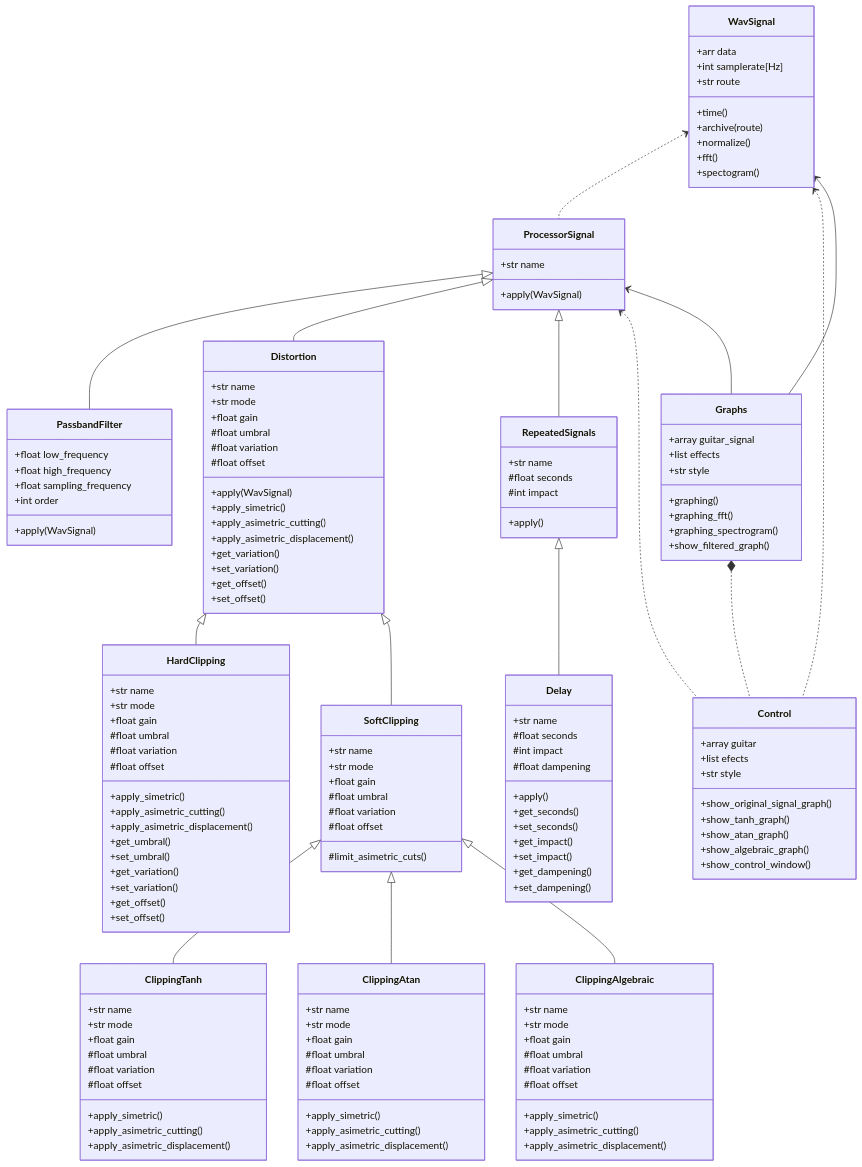
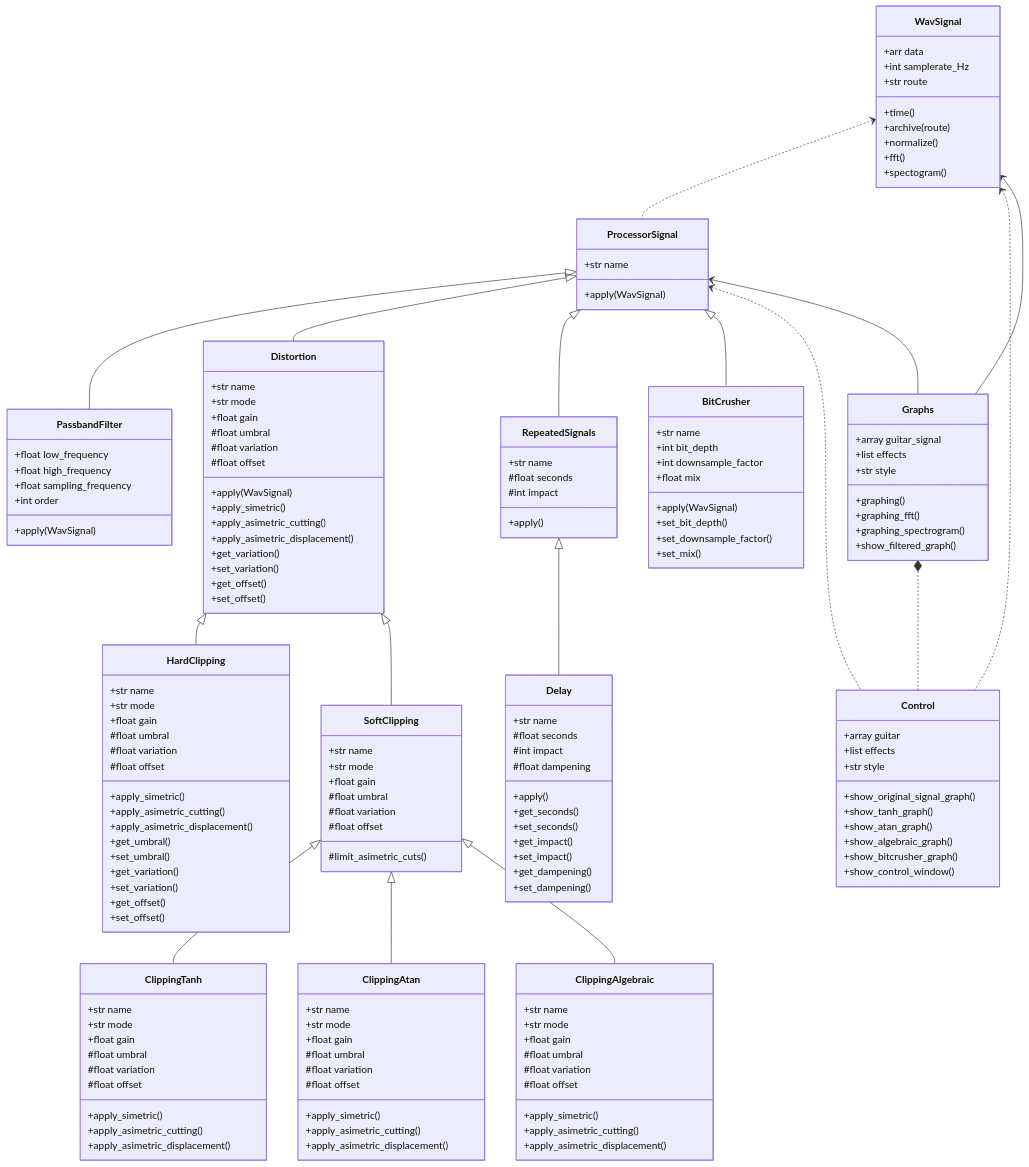
One commit to angutierrezgi/Blue_Slashes changed the second of 2 diagrams in README.md. Above: the diagram before and after it, drawn with Mermaid.

````diff
--- a/README.md
+++ b/README.md
@@ -346,40 +346,40 @@
 ```mermaid
 classDiagram
     class WavSignal {
-	    +arr data
-	    +int samplerate[Hz]
-	    +str route
-	    +time()
-	    +archive(route)
-	    +normalize()
+        +arr data
+        +int samplerate_Hz
+        +str route
+        +time()
+        +archive(route)
+        +normalize()
         +fft()
         +spectogram()
     }
 
     class ProcessorSignal {
-	    +str name
-	    +apply(WavSignal)
+        +str name
+        +apply(WavSignal)
     }
 
     class PassbandFilter {
-	    +float low_frequency
-	    +float high_frequency
-	    +float sampling_frequency
-	    +int order
-	    +apply(WavSignal)
+        +float low_frequency
+        +float high_frequency
+        +float sampling_frequency
+        +int order
+        +apply(WavSignal)
     }
 
     class Distortion {
-	    +str name
-	    +str mode
-	    +float gain
-	    #float umbral
-	    #float variation
-	    #float offset
-	    +apply(WavSignal)
-	    +apply_simetric()
-	    +apply_asimetric_cutting()
-	    +apply_asimetric_displacement()
+        +str name
+        +str mode
+        +float gain
+        #float umbral
+        #float variation
+        #float offset
+        +apply(WavSignal)
+        +apply_simetric()
+        +apply_asimetric_cutting()
+        +apply_asimetric_displacement()
         +get_variation()
         +set_variation()
         +get_offset()
@@ -387,15 +387,15 @@
     }
 
     class HardClipping {
-	    +str name
-	    +str mode
-	    +float gain
-	    #float umbral
-	    #float variation
-	    #float offset
-	    +apply_simetric()
-	    +apply_asimetric_cutting()
-	    +apply_asimetric_displacement()
+        +str name
+        +str mode
+        +float gain
+        #float umbral
+        #float variation
+        #float offset
+        +apply_simetric()
+        +apply_asimetric_cutting()
+        +apply_asimetric_displacement()
         +get_umbral()
         +set_umbral()
         +get_variation()
@@ -405,102 +405,119 @@
     }
 
     class SoftClipping {
-	    +str name
-	    +str mode
-	    +float gain
-	    #float umbral
-	    #float variation
-	    #float offset
-	    #limit_asimetric_cuts()
+        +str name
+        +str mode
+        +float gain
+        #float umbral
+        #float variation
+        #float offset
+        #limit_asimetric_cuts()
     }
 
     class ClippingTanh {
-	    +str name
-	    +str mode
-	    +float gain
-	    #float umbral
-	    #float variation
-	    #float offset
-	    +apply_simetric()
-	    +apply_asimetric_cutting()
-	    +apply_asimetric_displacement()
+        +str name
+        +str mode
+        +float gain
+        #float umbral
+        #float variation
+        #float offset
+        +apply_simetric()
+        +apply_asimetric_cutting()
+        +apply_asimetric_displacement()
     }
 
     class ClippingAtan {
-	    +str name
-	    +str mode
-	    +float gain
-	    #float umbral
-	    #float variation
-	    #float offset
-	    +apply_simetric()
-	    +apply_asimetric_cutting()
-	    +apply_asimetric_displacement()
+        +str name
+        +str mode
+        +float gain
+        #float umbral
+        #float variation
+        #float offset
+        +apply_simetric()
+        +apply_asimetric_cutting()
+        +apply_asimetric_displacement()
     }
 
     class ClippingAlgebraic {
-	    +str name
-	    +str mode
-	    +float gain
-	    #float umbral
-	    #float variation
-	    #float offset
-	    +apply_simetric()
-	    +apply_asimetric_cutting()
-	    +apply_asimetric_displacement()
-        
+        +str name
+        +str mode
+        +float gain
+        #float umbral
+        #float variation
+        #float offset
+        +apply_simetric()
+        +apply_asimetric_cutting()
+        +apply_asimetric_displacement()
     }
-	class RepeatedSignals {
-		+str name
-		#float seconds
-		#int impact
-		+apply()
-	}
 
-	class Delay {
-		+str name
-		#float seconds
-		#int impact
-		#float dampening
-		+apply()
+    class RepeatedSignals {
+        +str name
+        #float seconds
+        #int impact
+        +apply()
+    }
+
+    class Delay {
+        +str name
+        #float seconds
+        #int impact
+        #float dampening
+        +apply()
         +get_seconds()
         +set_seconds()
         +get_impact()
         +set_impact()
         +get_dampening()
         +set_dampening()
-	}
+    }
+
+    class BitCrusher {
+        +str name
+        +int bit_depth
+        +int downsample_factor
+        +float mix
+        +apply(WavSignal)
+        +set_bit_depth()
+        +set_downsample_factor()
+        +set_mix()
+    }
 
     class Control {
         +array guitar
-        +list efects
+        +list effects
         +str style
         +show_original_signal_graph()
         +show_tanh_graph()
         +show_atan_graph()
         +show_algebraic_graph()
+        +show_bitcrusher_graph()
         +show_control_window()
     }
+
     class Graphs {
-	    +array guitar_signal
-	    +list effects
-	    +str style
-	    +graphing()
-	    +graphing_fft()
-	    +graphing_spectrogram()
-	    +show_filtered_graph()
+        +array guitar_signal
+        +list effects
+        +str style
+        +graphing()
+        +graphing_fft()
+        +graphing_spectrogram()
+        +show_filtered_graph()
     }
 
     WavSignal <.. ProcessorSignal
     ProcessorSignal <|-- PassbandFilter
     ProcessorSignal <|-- Distortion
-	ProcessorSignal <|-- RepeatedSignals
+    ProcessorSignal <|-- RepeatedSignals
+    ProcessorSignal <|-- BitCrusher
+
     Distortion <|-- HardClipping
     Distortion <|-- SoftClipping
     SoftClipping <|-- ClippingTanh
     SoftClipping <|-- ClippingAtan
     SoftClipping <|-- ClippingAlgebraic
-	RepeatedSignals <|-- Delay
+
+    RepeatedSignals <|-- Delay
+
     ProcessorSignal <.. Control
     WavSignal <.. Control
     Graphs *.. Control
````
